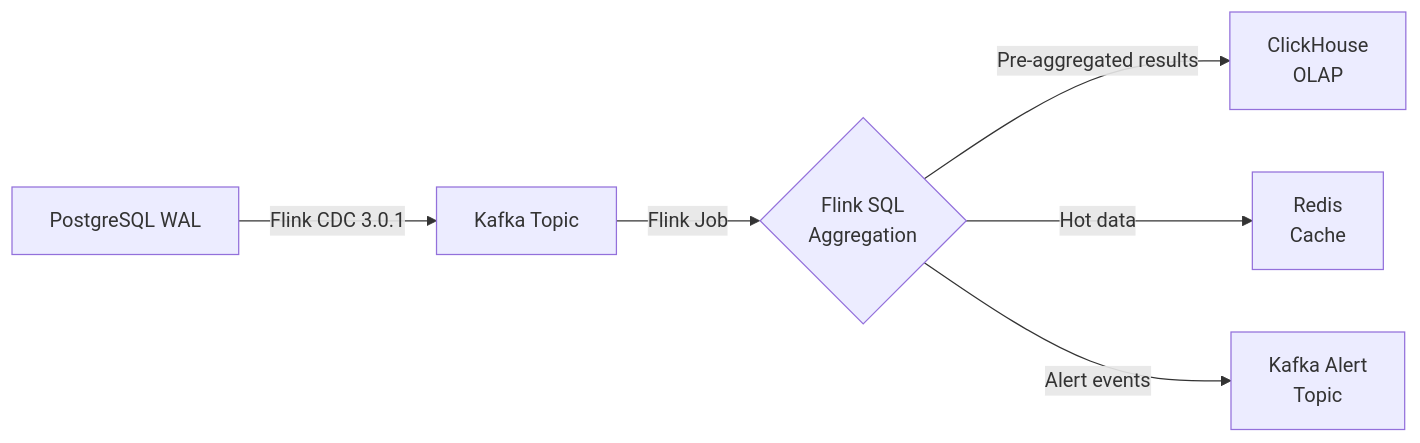
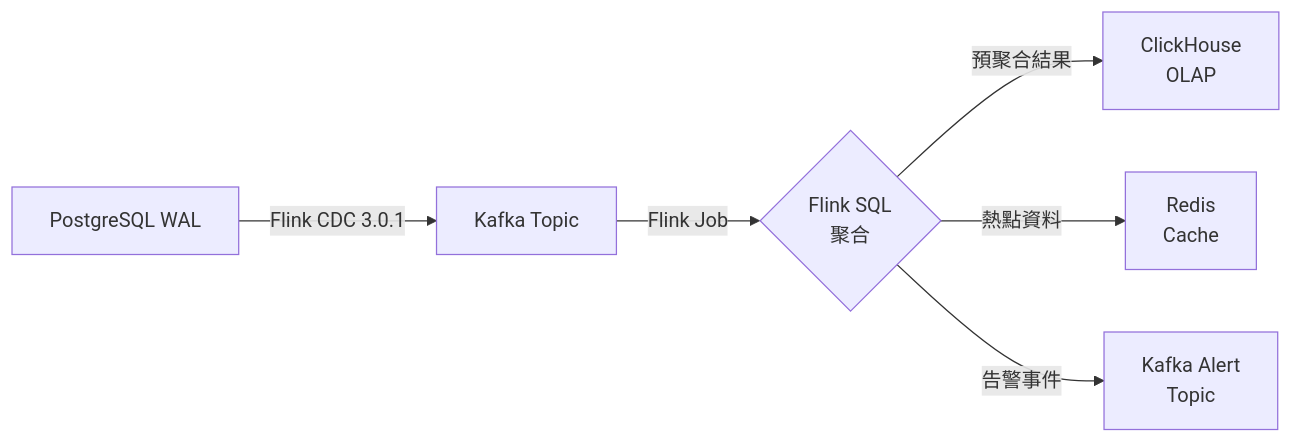
The second of 2 diagrams in docs/iGaming/architecture/00_Overview/Technology_Stack.md (ron03wlb/smart-admin), drawn with Mermaid before and after one commit. The commit also changed other lines of this file, not shown here.

````diff
--- a/docs/iGaming/architecture/00_Overview/Technology_Stack.md
+++ b/docs/iGaming/architecture/00_Overview/Technology_Stack.md
@@ -696,8 +696,8 @@
 ```mermaid
 flowchart LR
     A[PostgreSQL WAL] -->|Flink CDC 3.0.1| B[Kafka Topic]
-    B -->|Flink Job| C{Flink SQL<br/>Aggregation}
-    C -->|Pre-aggregated results| D[ClickHouse<br/>OLAP]
-    C -->|Hot data| E[Redis<br/>Cache]
-    C -->|Alert events| F[Kafka Alert<br/>Topic]
+    B -->|Flink Job| C{Flink SQL<br/>聚合}
+    C -->|預聚合結果| D[ClickHouse<br/>OLAP]
+    C -->|熱點資料| E[Redis<br/>Cache]
+    C -->|告警事件| F[Kafka Alert<br/>Topic]
 ```
````
